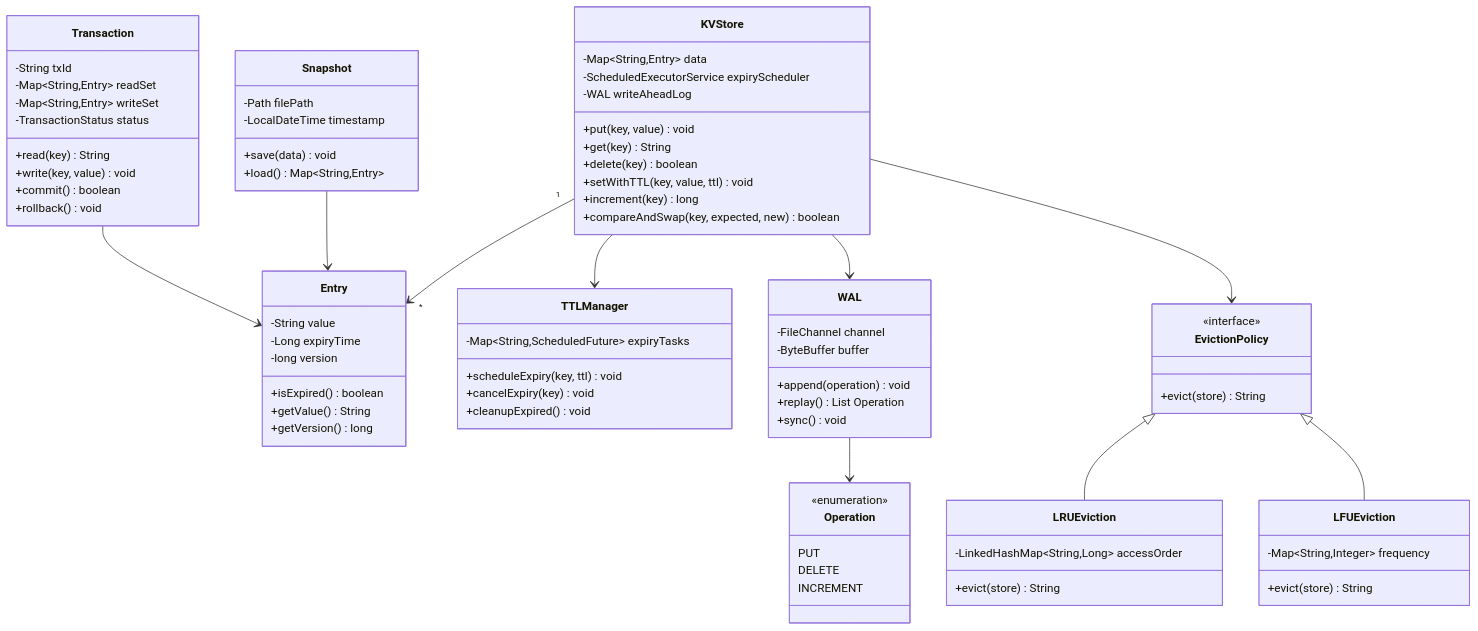
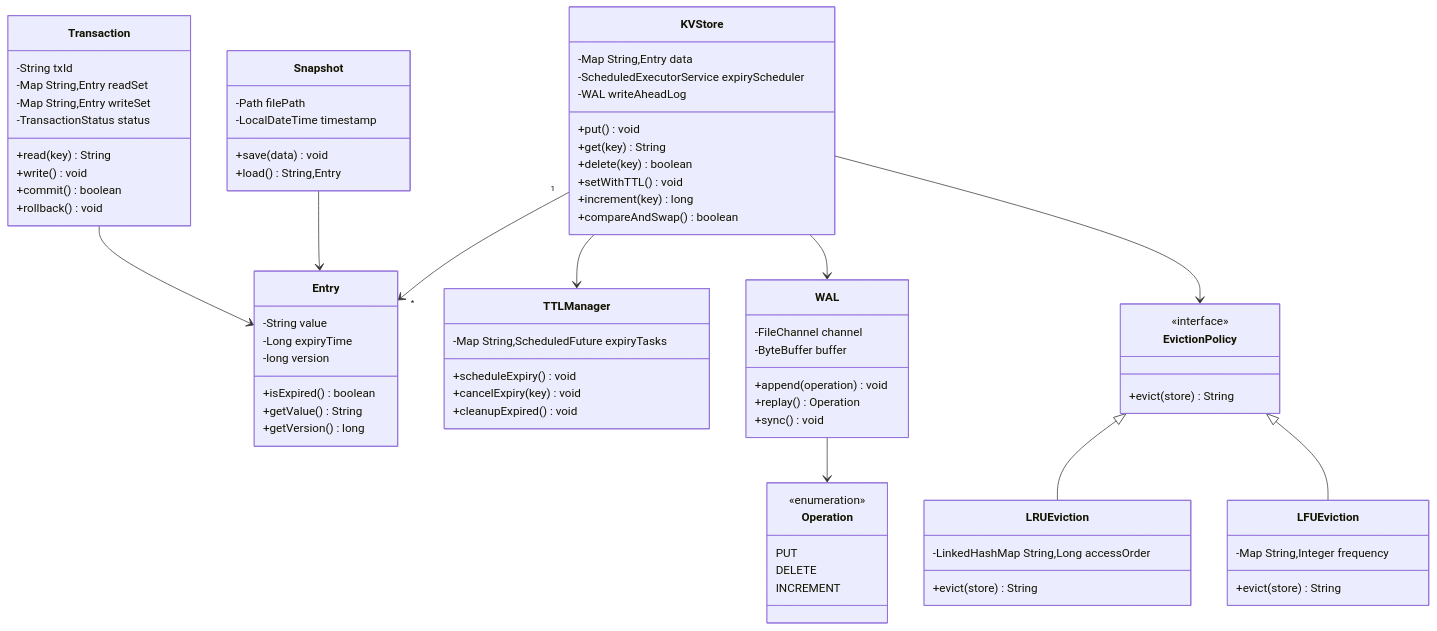
Before and after one commit to dlkr18/lld-playbook: the diagram in docs/problems/kvstore/README.md, drawn with Mermaid. The commit also changed 29 other files, not shown here.

First line of the commit message:
Fix Mermaid rendering: downgrade to v9, aggressive classDiagram sanitization.

````diff
--- a/docs/problems/kvstore/README.md
+++ b/docs/problems/kvstore/README.md
@@ -60,15 +60,15 @@
 ```mermaid
 classDiagram
     class KVStore {
-        -Map~String,Entry~ data
+        -Map String,Entry data
         -ScheduledExecutorService expiryScheduler
         -WAL writeAheadLog
-        +put(key, value) void
+        +put() void
         +get(key) String
         +delete(key) boolean
-        +setWithTTL(key, value, ttl) void
+        +setWithTTL() void
         +increment(key) long
-        +compareAndSwap(key, expected, new) boolean
+        +compareAndSwap() boolean
     }
 
     class Entry {
@@ -81,19 +81,19 @@
     }
 
     class TTLManager {
-        -Map~String,ScheduledFuture~ expiryTasks
-        +scheduleExpiry(key, ttl) void
+        -Map String,ScheduledFuture expiryTasks
+        +scheduleExpiry() void
         +cancelExpiry(key) void
         +cleanupExpired() void
     }
 
     class Transaction {
         -String txId
-        -Map~String,Entry~ readSet
-        -Map~String,Entry~ writeSet
+        -Map String,Entry readSet
+        -Map String,Entry writeSet
         -TransactionStatus status
         +read(key) String
-        +write(key, value) void
+        +write() void
         +commit() boolean
         +rollback() void
     }
@@ -102,7 +102,7 @@
         -FileChannel channel
         -ByteBuffer buffer
         +append(operation) void
-        +replay() List Operation
+        +replay() Operation
         +sync() void
     }
 
@@ -117,7 +117,7 @@
         -Path filePath
         -LocalDateTime timestamp
         +save(data) void
-        +load() Map~String,Entry~
+        +load() String,Entry
     }
 
     class EvictionPolicy {
@@ -126,12 +126,12 @@
     }
 
     class LRUEviction {
-        -LinkedHashMap~String,Long~ accessOrder
+        -LinkedHashMap String,Long accessOrder
         +evict(store) String
     }
 
     class LFUEviction {
-        -Map~String,Integer~ frequency
+        -Map String,Integer frequency
         +evict(store) String
     }
 
````
